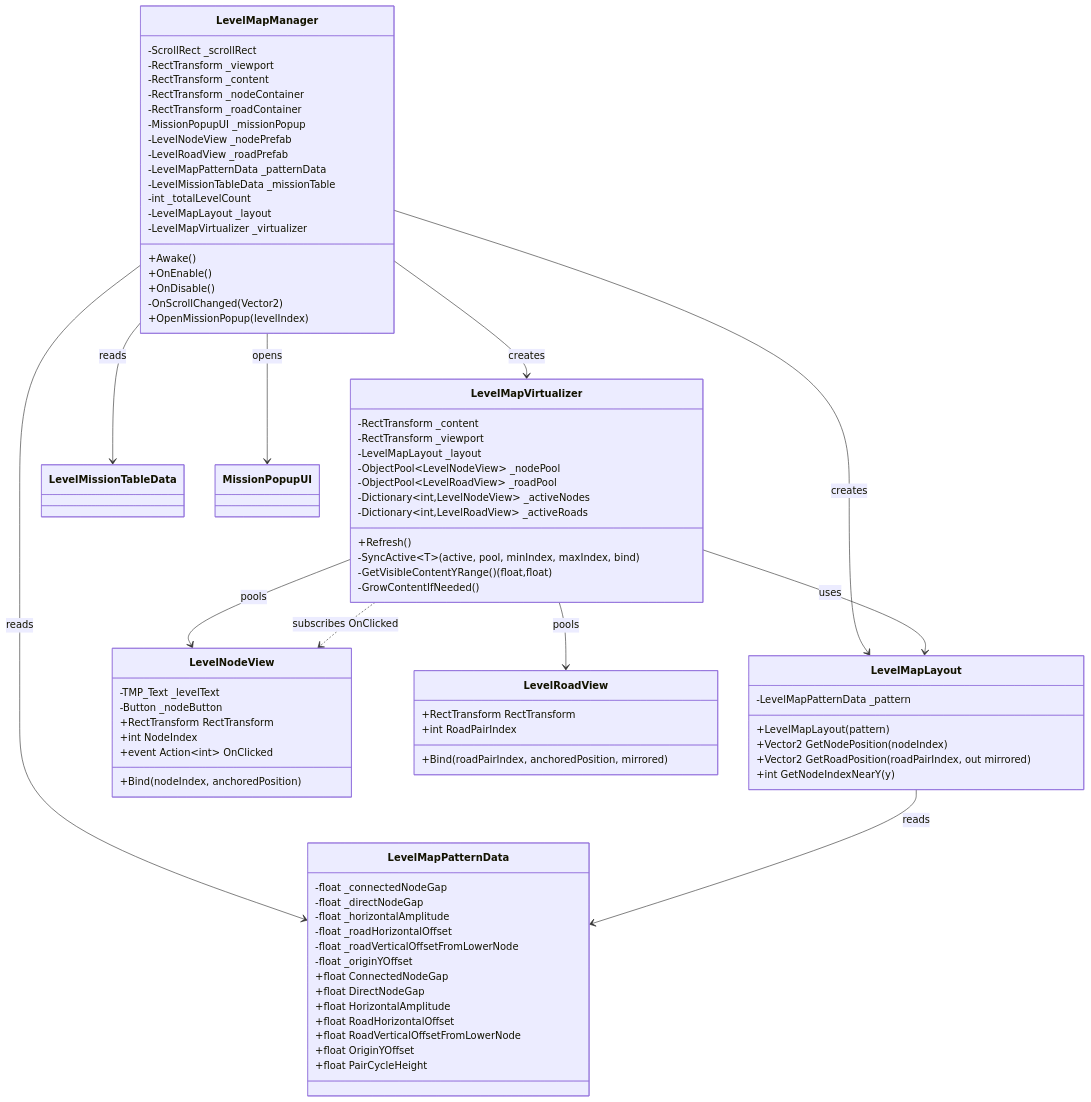
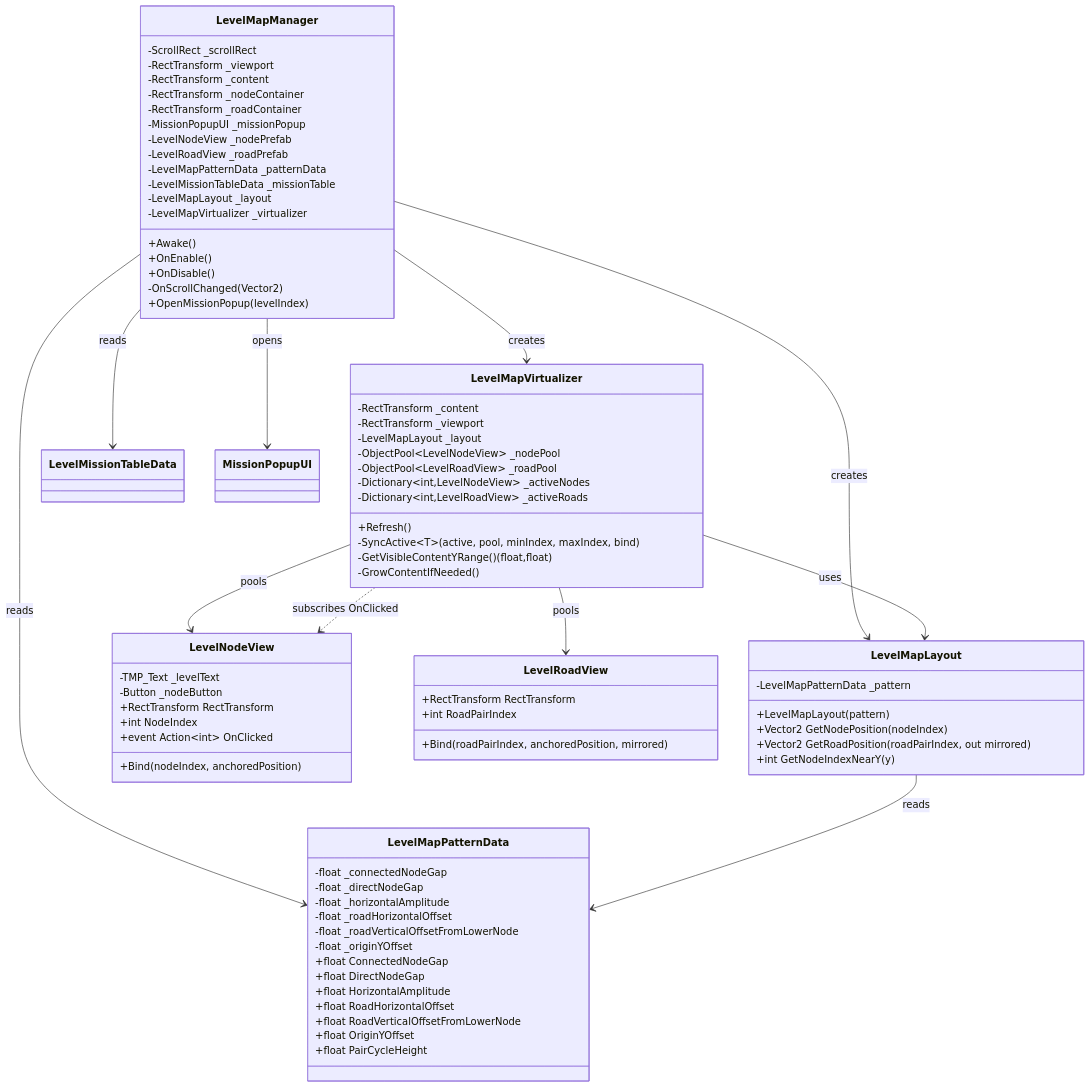
One commit to chlghksgml01/BlockPuzzle changed the first of 3 diagrams in docs/diagrams/level-map.md. Above: the diagram before and after it, drawn with Mermaid. The commit also changed other lines of this file and 2 other files, not shown here.

Commit message:
feat: BP-5 levelCount 삭제

```diff
--- a/docs/diagrams/level-map.md
+++ b/docs/diagrams/level-map.md
@@ -57,7 +57,6 @@
         -LevelRoadView _roadPrefab
         -LevelMapPatternData _patternData
         -LevelMissionTableData _missionTable
-        -int _totalLevelCount
         -LevelMapLayout _layout
         -LevelMapVirtualizer _virtualizer
         +Awake()
```
